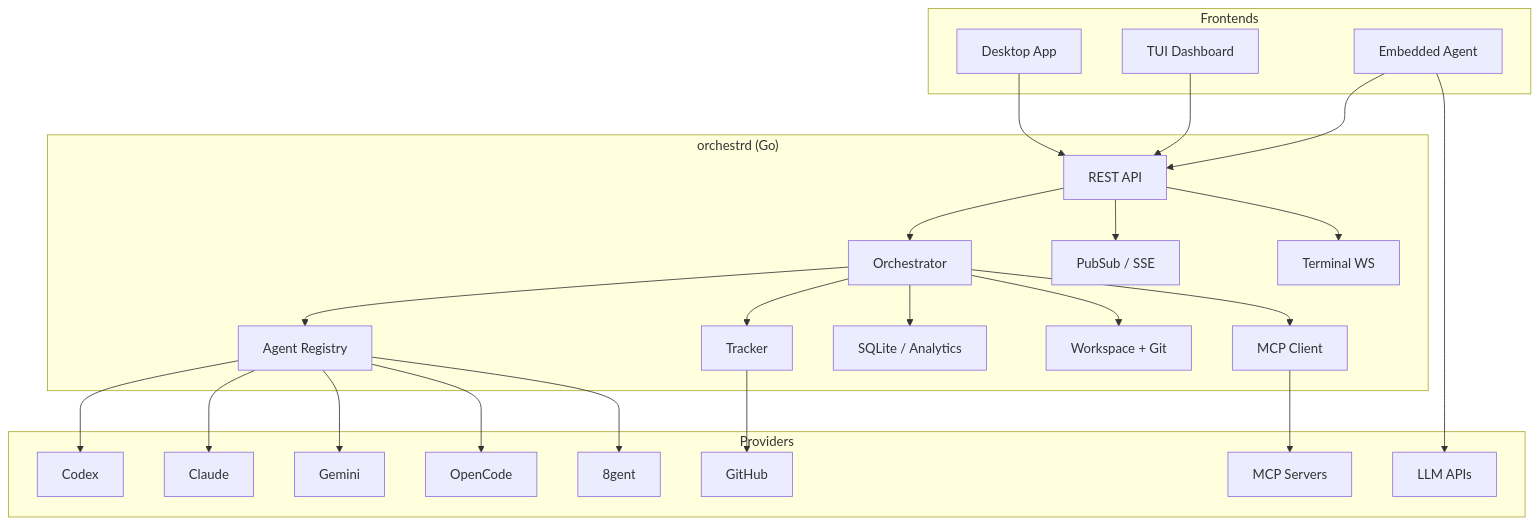
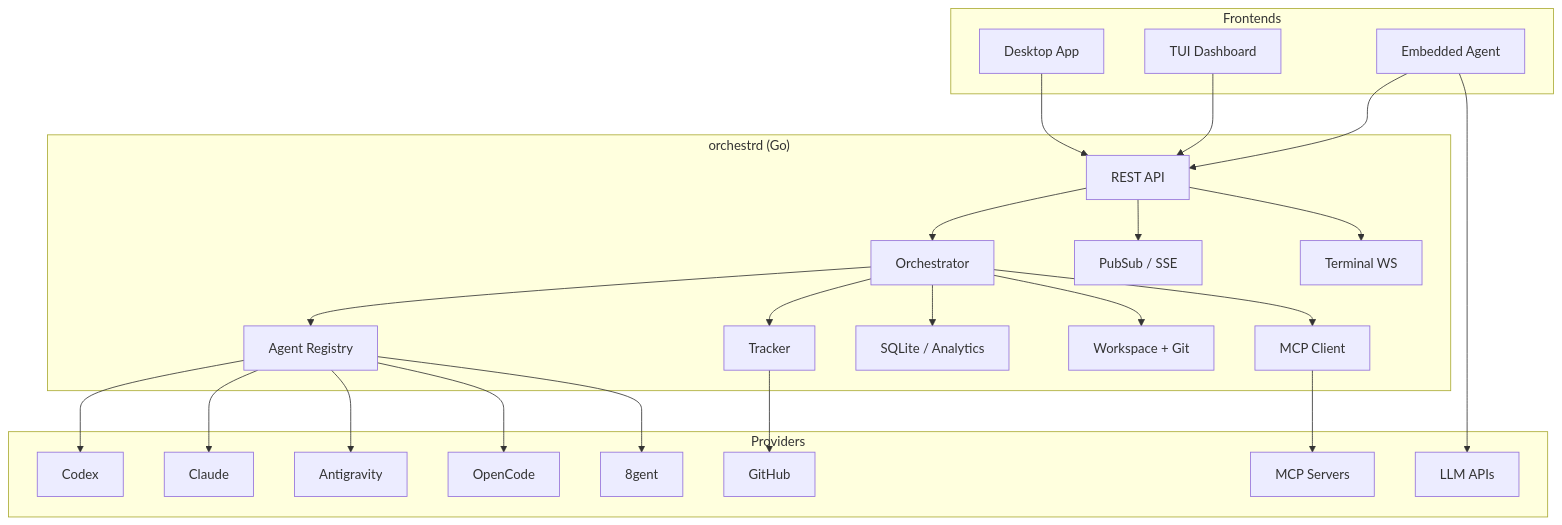
The diagram in README.md (Traves-Theberge/Orchestra), drawn with Mermaid before and after one commit. The commit also changed other lines of this file and 98 other files, not shown here.

````diff
--- a/README.md
+++ b/README.md
@@ -162,51 +162,51 @@
 ```mermaid
 graph TB
     subgraph Frontends
         DESKTOP["Desktop App"]
         TUI["TUI Dashboard"]
         AGENT["Embedded Agent"]
     end
 
     subgraph Backend["orchestrd (Go)"]
         API["REST API"]
         ORCH["Orchestrator"]
         PUB["PubSub / SSE"]
         REG["Agent Registry"]
         TRACKER["Tracker"]
         DB["SQLite / Analytics"]
         WS["Workspace + Git"]
         TERM["Terminal WS"]
         MCP["MCP Client"]
     end
 
     subgraph Providers
         CODEX["Codex"]
         CLAUDE["Claude"]
-        GEMINI["Gemini"]
+        ANTIGRAVITY["Antigravity"]
         OPENCODE["OpenCode"]
         EIGHT["8gent"]
         GH["GitHub"]
         LLM["LLM APIs"]
         MCP_SRV["MCP Servers"]
     end
 
     DESKTOP --> API
     TUI --> API
     AGENT --> API
     API --> ORCH
     API --> PUB
     API --> TERM
     ORCH --> REG
     ORCH --> TRACKER
     ORCH --> DB
     ORCH --> WS
     REG --> CODEX
     REG --> CLAUDE
-    REG --> GEMINI
+    REG --> ANTIGRAVITY
     REG --> OPENCODE
     REG --> EIGHT
     TRACKER --> GH
     AGENT --> LLM
     ORCH --> MCP
     MCP --> MCP_SRV
 ```
````
